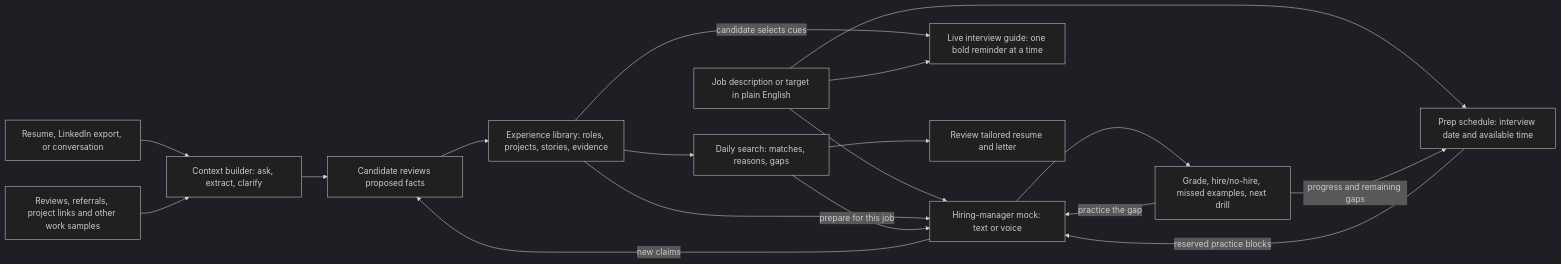
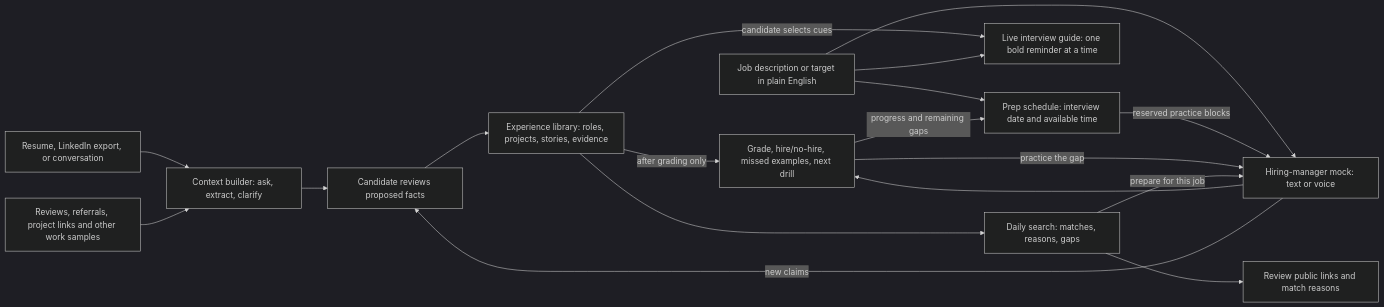
Before and after one commit to k-rush/interview-prep: the diagram in README.md, drawn with Mermaid (dark theme). The commit also changed other lines of this file and 71 other files, not shown here.

````diff
--- a/README.md
+++ b/README.md
@@ -49,20 +51,20 @@
 ```mermaid
 flowchart LR
     Entry["Resume, LinkedIn export, or conversation"] --> Builder["Context builder: ask, extract, clarify"]
     Evidence["Reviews, referrals, project links and other work samples"] --> Builder
     Builder --> Inbox["Candidate reviews proposed facts"]
     Inbox --> Library["Experience library: roles, projects, stories, evidence"]
     Target["Job description or target in plain English"] --> Mock["Hiring-manager mock: text or voice"]
-    Library --> Mock
+    Library -->|after grading only| Report
     Mock --> Report["Grade, hire/no-hire, missed examples, next drill"]
     Target --> Plan["Prep schedule: interview date and available time"]
     Plan -->|reserved practice blocks| Mock
     Report -->|progress and remaining gaps| Plan
     Mock -->|new claims| Inbox
     Report -->|practice the gap| Mock
     Library -->|candidate selects cues| Guide["Live interview guide: one bold reminder at a time"]
     Target --> Guide
     Library --> Search["Daily search: matches, reasons, gaps"]
-    Search --> Draft["Review tailored resume and letter"]
+    Search --> Links["Review public links and match reasons"]
     Search -->|prepare for this job| Mock
 ```
````
